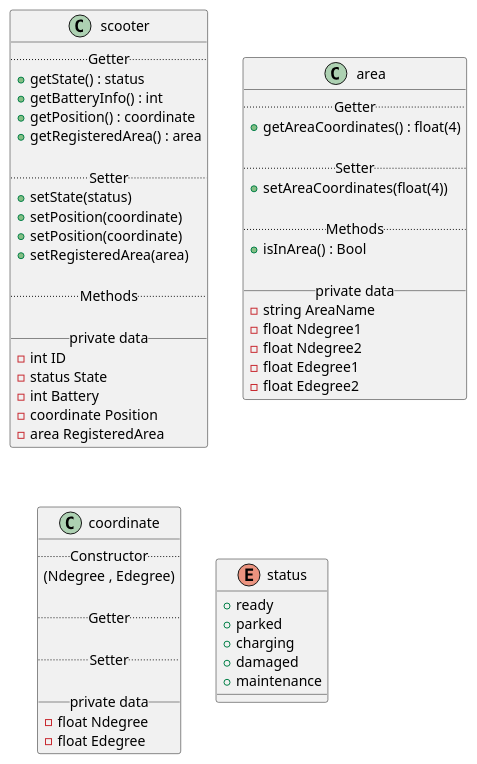
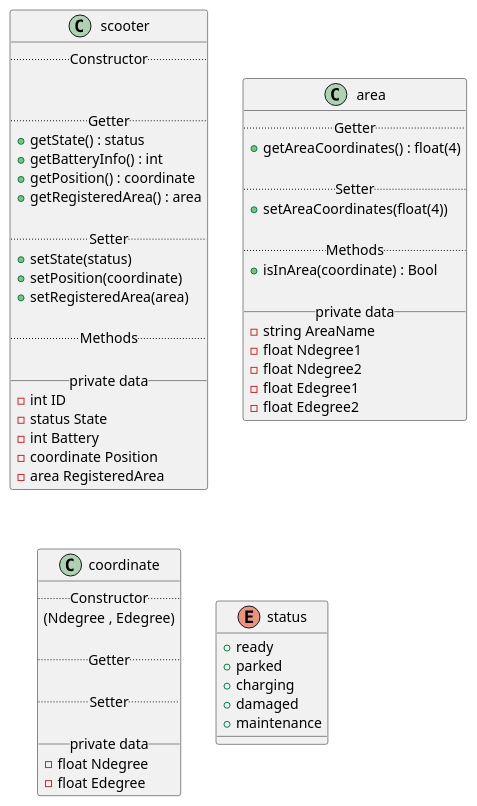
Before and after one commit to fh-erfurt/Scooter-MS: the diagram in umldiagram.iuml, drawn with PlantUML.

```diff
--- a/umldiagram.iuml
+++ b/umldiagram.iuml
@@ -1,80 +1,82 @@
 @startuml
 
 
 
 
 
 skinparam componentStyle uml2
 
 
 
 class scooter {
+  .. Constructor ..
+
+
   .. Getter ..
   + getState() : status
   + getBatteryInfo() : int
   + getPosition() : coordinate
   +getRegisteredArea() : area
-  
+
   .. Setter ..
   + setState(status)
   + setPosition(coordinate)
-  + setPosition(coordinate)
   +setRegisteredArea(area)
-  
+
   .. Methods ..
-  
+
   __ private data __
   -int ID
   -status State
   -int Battery
   -coordinate Position
   -area RegisteredArea
 }
 
 class area {
   .. Getter ..
   +getAreaCoordinates() : float(4)
-  
+
   .. Setter ..
   +setAreaCoordinates(float(4))
-  
+
   .. Methods ..
-  +isInArea() : Bool
+  +isInArea(coordinate) : Bool
 
   __ private data __
   -string AreaName
   -float Ndegree1
   -float Ndegree2
   -float Edegree1
   -float Edegree2
 }
 
 
 
 class coordinate {
   .. Constructor ..
   (Ndegree , Edegree)
 
   .. Getter ..
 
   .. Setter ..
 
   __ private data __
   -float Ndegree
   -float Edegree
 }
 
 
 
 enum status {
-  +ready
-  +parked
-  +charging
-  +damaged
-  +maintenance
+  + ready
+  + parked
+  + charging
+  + damaged
+  + maintenance
 }
 
 
 
 
 @enduml
```
